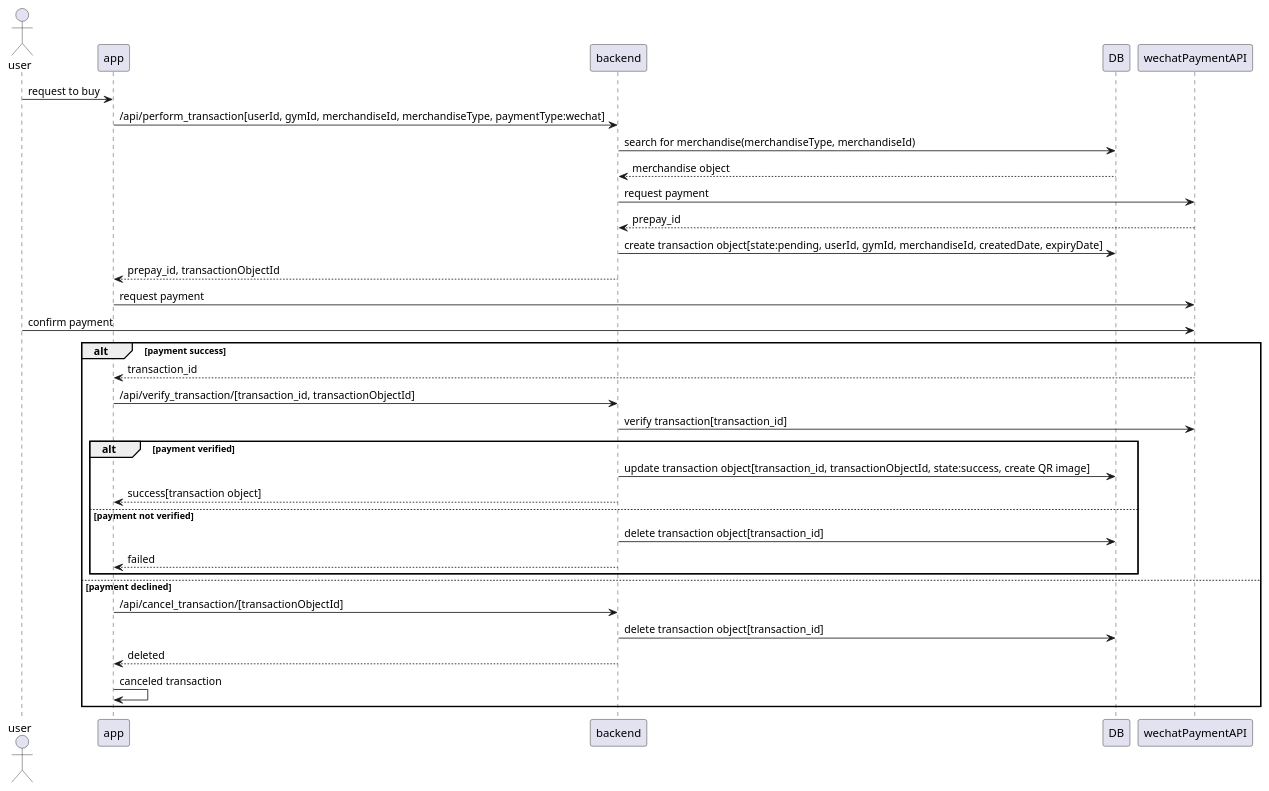
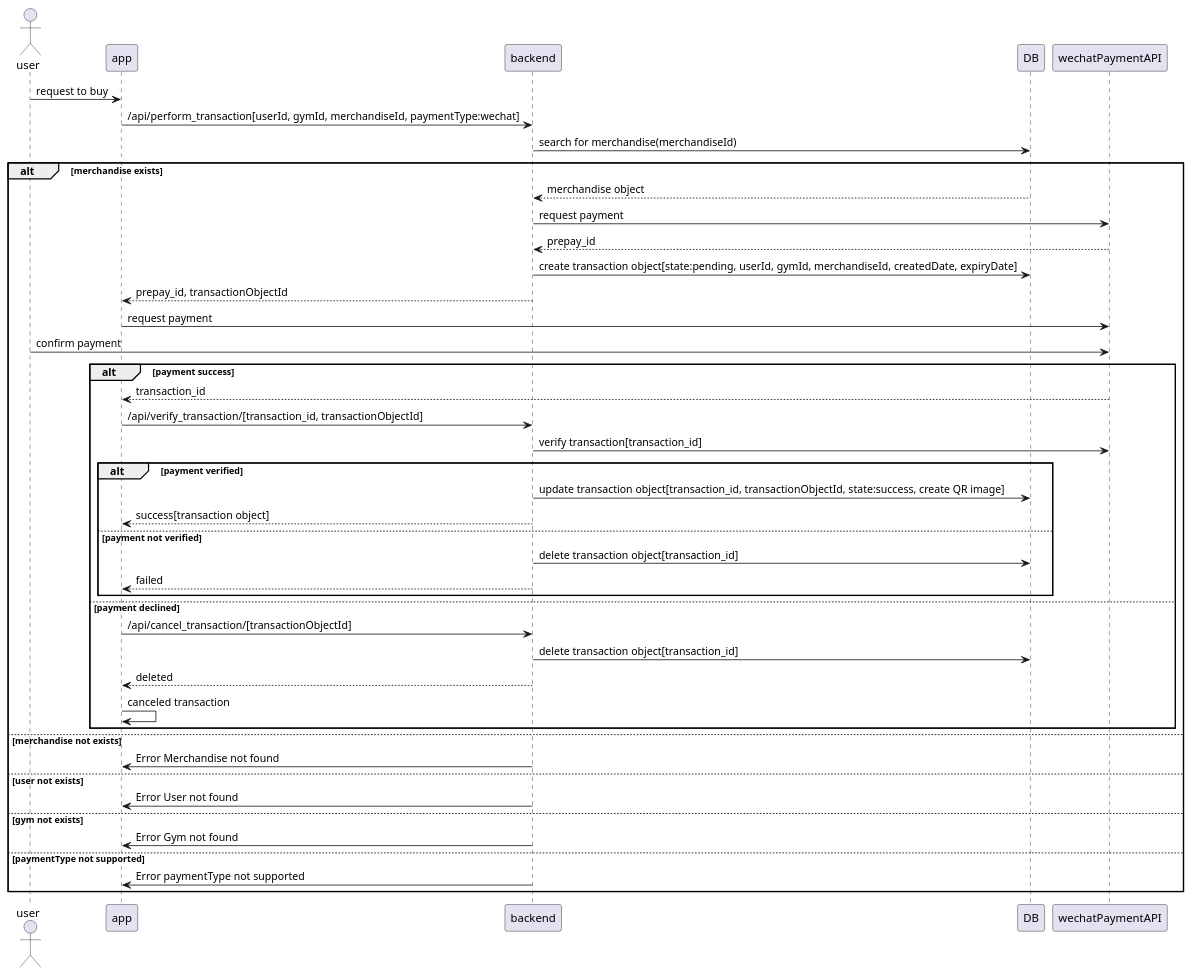
Before and after one commit to zi-yang-zhang/tnt-backend: the diagram in wechat_transaction.puml, drawn with PlantUML. The commit also changed 11 other files, not shown here.

Commit message:
updated wechat transaction flow, included interface for transaction engine, started user resource, still update to go

```diff
--- a/wechat_transaction.puml
+++ b/wechat_transaction.puml
@@ -1,31 +1,42 @@
 @startuml
 actor user
 user -> app: request to buy
-app -> backend: /api/perform_transaction[userId, gymId, merchandiseId, merchandiseType, paymentType:wechat]
-backend ->DB: search for merchandise(merchandiseType, merchandiseId)
+app -> backend: /api/perform_transaction[userId, gymId, merchandiseId, paymentType:wechat]
+backend ->DB: search for merchandise(merchandiseId)
+alt merchandise exists
 DB --> backend: merchandise object
 backend -> wechatPaymentAPI: request payment
 wechatPaymentAPI --> backend: prepay_id
 backend -> DB: create transaction object[state:pending, userId, gymId, merchandiseId, createdDate, expiryDate]
 backend --> app: prepay_id, transactionObjectId
 app -> wechatPaymentAPI: request payment
 user -> wechatPaymentAPI: confirm payment
 alt payment success
 wechatPaymentAPI --> app : transaction_id
 app -> backend: /api/verify_transaction/[transaction_id, transactionObjectId]
 backend -> wechatPaymentAPI: verify transaction[transaction_id]
 alt payment verified
 backend -> DB: update transaction object[transaction_id, transactionObjectId, state:success, create QR image]
 backend --> app: success[transaction object]
 else payment not verified
 backend -> DB: delete transaction object[transaction_id]
 backend --> app: failed
 end
 else payment declined
 app -> backend: /api/cancel_transaction/[transactionObjectId]
 backend -> DB: delete transaction object[transaction_id]
 backend --> app: deleted
 app -> app: canceled transaction
 end
+else merchandise not exists
+backend -> app: Error Merchandise not found
+else user not exists
+backend -> app: Error User not found
+else gym not exists
+backend -> app: Error Gym not found
+else paymentType not supported
+backend -> app: Error paymentType not supported
+end
+
 
 @enduml
```
